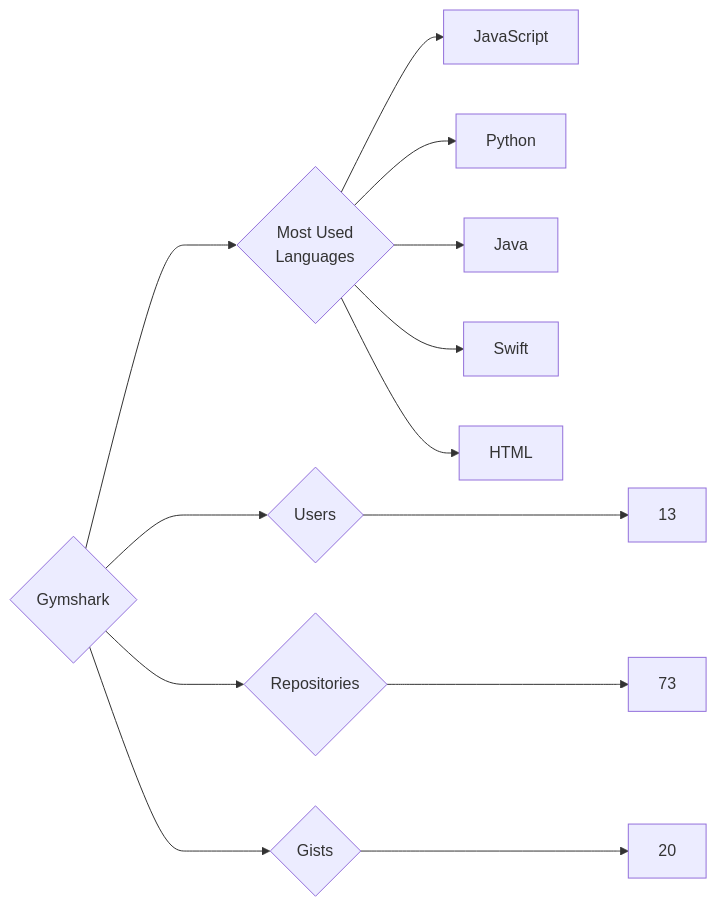
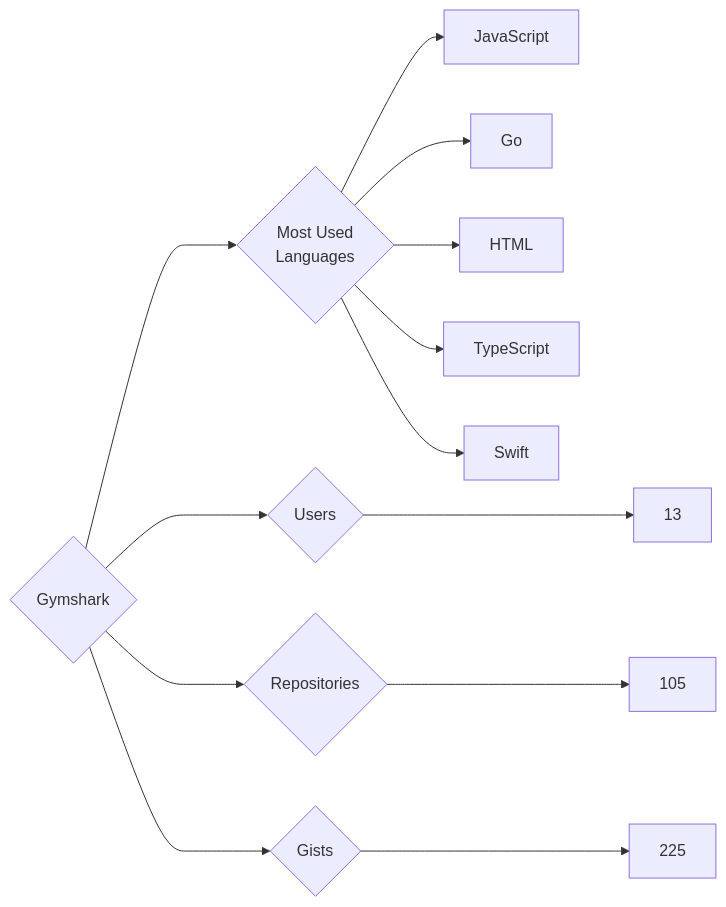
The diagram in targets/Gymshark/README.md (trickest/insiders), drawn with Mermaid before and after one commit. The commit also changed 951 other files, not shown here.

````diff
--- a/targets/Gymshark/README.md
+++ b/targets/Gymshark/README.md
@@ -3,13 +3,13 @@
 ```mermaid
 graph LR
 COMPANY_NAME{Gymshark}
 COMPANY_NAME ---> U{Users} ---> UN[13]
-COMPANY_NAME ---> R{Repositories} ---> RN[73]
-COMPANY_NAME ---> G{Gists} ---> GN[20]
+COMPANY_NAME ---> R{Repositories} ---> RN[105]
+COMPANY_NAME ---> G{Gists} ---> GN[225]
 COMPANY_NAME ---> ML{Most Used<br>Languages}
 ML --> JavaScript[JavaScript]
-ML --> Python[Python]
-ML --> Java[Java]
+ML --> Go[Go]
+ML --> HTML[HTML]
+ML --> TypeScript[TypeScript]
 ML --> Swift[Swift]
-ML --> HTML[HTML]
 ```
````
